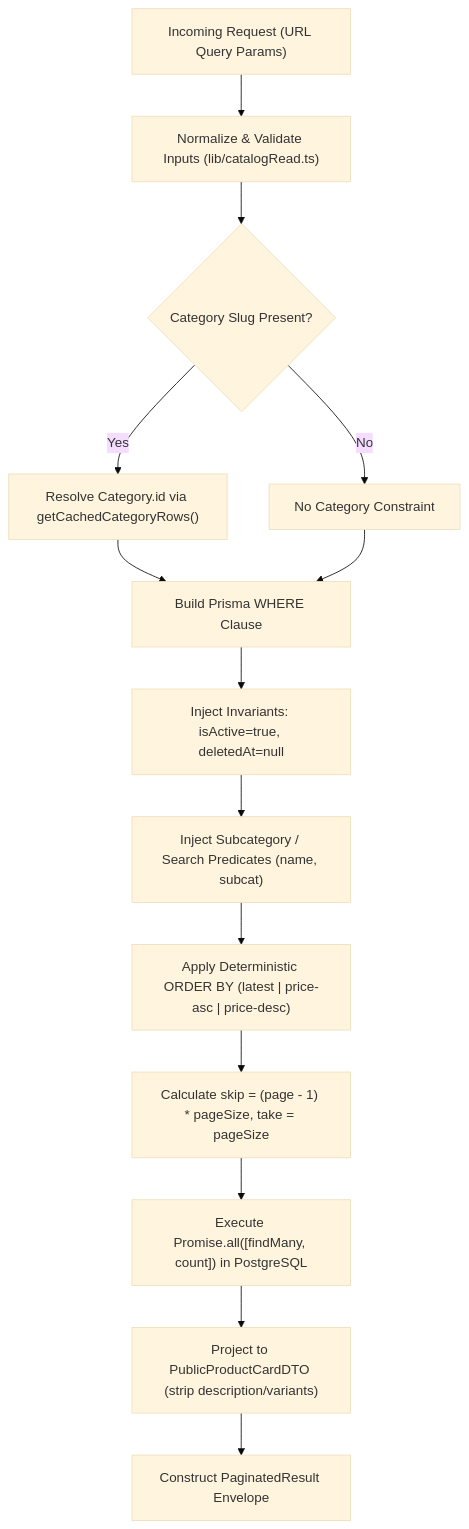
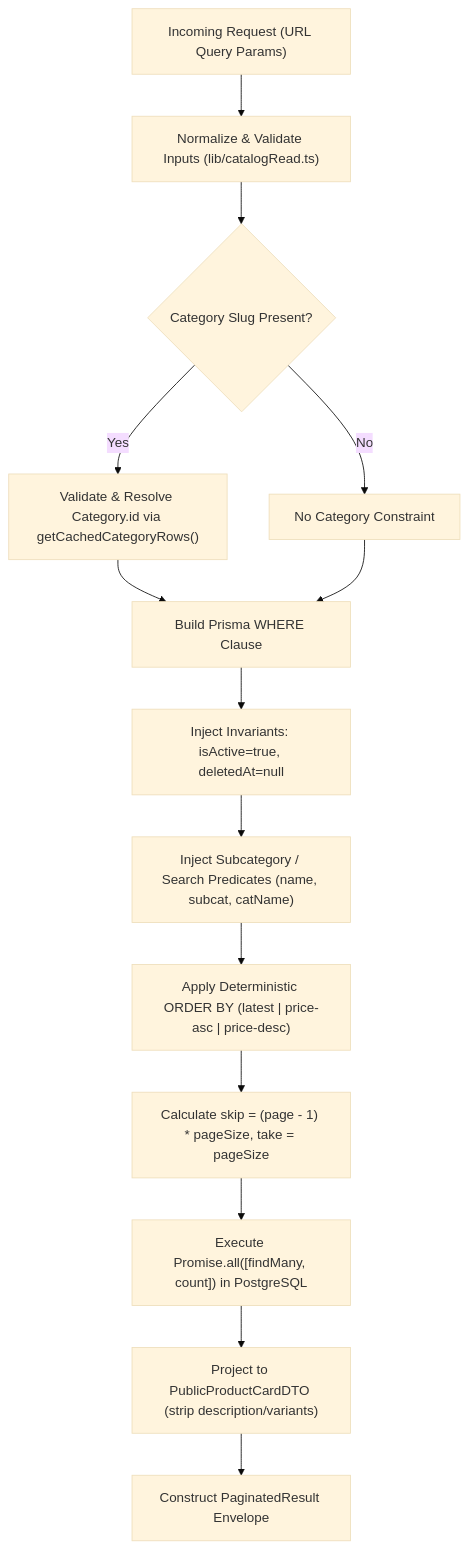
Before and after one commit to WadudMahmudJoy/Pure_Haven_E-Commerce: the diagram in docs/superpowers/specs/2026-08-28-phase5-catalog-scalability-design.md, drawn with Mermaid (base theme). The commit also changed other lines of this file, not shown here.

````diff
--- a/docs/superpowers/specs/2026-08-28-phase5-catalog-scalability-design.md
+++ b/docs/superpowers/specs/2026-08-28-phase5-catalog-scalability-design.md
@@ -97,16 +99,16 @@
 ```mermaid
 flowchart TD
     A["Incoming Request (URL Query Params)"] --> B["Normalize & Validate Inputs (lib/catalogRead.ts)"]
     B --> C{"Category Slug Present?"}
-    C -->|Yes| D["Resolve Category.id via getCachedCategoryRows()"]
+    C -->|Yes| D["Validate & Resolve Category.id via getCachedCategoryRows()"]
     C -->|No| E["No Category Constraint"]
     D --> F["Build Prisma WHERE Clause"]
     E --> F
     F --> G["Inject Invariants: isActive=true, deletedAt=null"]
-    G --> H["Inject Subcategory / Search Predicates (name, subcat)"]
+    G --> H["Inject Subcategory / Search Predicates (name, subcat, catName)"]
     H --> I["Apply Deterministic ORDER BY (latest | price-asc | price-desc)"]
     I --> J["Calculate skip = (page - 1) * pageSize, take = pageSize"]
     J --> K["Execute Promise.all([findMany, count]) in PostgreSQL"]
     K --> L["Project to PublicProductCardDTO (strip description/variants)"]
     L --> M["Construct PaginatedResult Envelope"]
 ```
````
